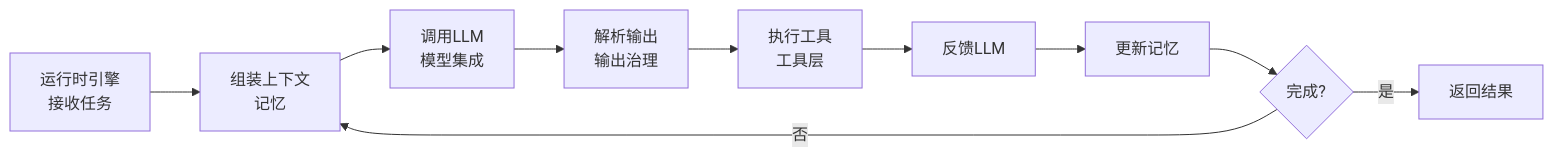
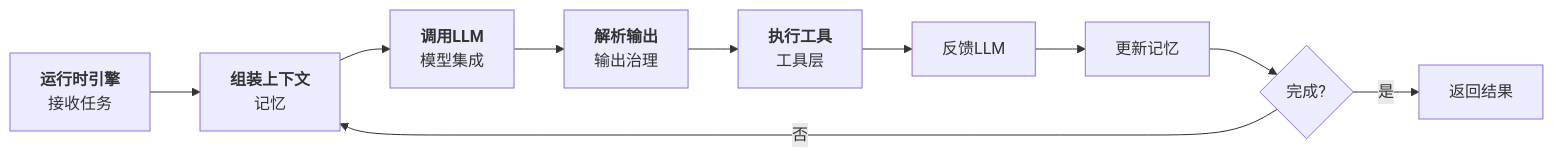
One commit to yeasy/harness_engineering_guide changed the second of 5 diagrams in 02_architecture/2.1_reference_architecture.md. Above: the diagram before and after it, drawn with Mermaid. The commit also changed other lines of this file and 26 other files, not shown here.

Commit message:
Add bold titles to Mermaid diagram nodes

````diff
--- a/02_architecture/2.1_reference_architecture.md
+++ b/02_architecture/2.1_reference_architecture.md
@@ -23,12 +96,12 @@
 ```mermaid
 flowchart LR
-    A["运行时引擎<br/>接收任务"] --> B["组装上下文<br/>记忆"]
-    B --> C["调用LLM<br/>模型集成"]
-    C --> D["解析输出<br/>输出治理"]
-    D --> E["执行工具<br/>工具层"]
+    A["<b>运行时引擎</b><br/>接收任务"] --> B["<b>组装上下文</b><br/>记忆"]
+    B --> C["<b>调用LLM</b><br/>模型集成"]
+    C --> D["<b>解析输出</b><br/>输出治理"]
+    D --> E["<b>执行工具</b><br/>工具层"]
     E --> F["反馈LLM"]
     F --> G["更新记忆"]
     G --> H{"完成?"}
     H -->|否| B
     H -->|是| I["返回结果"]
 ```
````
